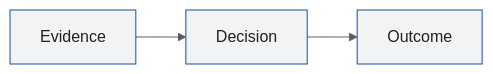
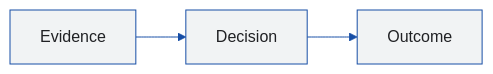
The diagram in skills/fmind-visuals/references/renderers.md (fmind/dot), drawn with Mermaid before and after one commit. The commit also changed other lines of this file and 139 other files, not shown here.

````diff
--- a/skills/fmind-visuals/references/renderers.md
+++ b/skills/fmind-visuals/references/renderers.md
@@ -19,30 +29,15 @@
 ```mermaid
 ---
 config:
-  fontFamily: "Google Sans, sans-serif"
-  flowchart:
-    diagramPadding: 16
   layout: dagre
   look: classic
   theme: base
   themeVariables:
-    darkMode: false
-    background: "#FFFFFF"
-    primaryColor: "#F1F3F4"
+    primaryColor: "#f1f3f4"
     primaryTextColor: "#202124"
-    primaryBorderColor: "#174EA6"
-    secondaryColor: "#D2E3FC"
-    secondaryTextColor: "#202124"
-    secondaryBorderColor: "#174EA6"
-    tertiaryColor: "#FFFFFF"
-    tertiaryTextColor: "#595D62"
-    tertiaryBorderColor: "#9AA0A6"
-    lineColor: "#595D62"
-    textColor: "#202124"
-    noteBkgColor: "#F1F3F4"
-    noteTextColor: "#202124"
-    noteBorderColor: "#174EA6"
+    primaryBorderColor: "#174ea6"
+    lineColor: "#174ea6"
 ---
 flowchart LR
   Evidence --> Decision --> Outcome
 ```
````
